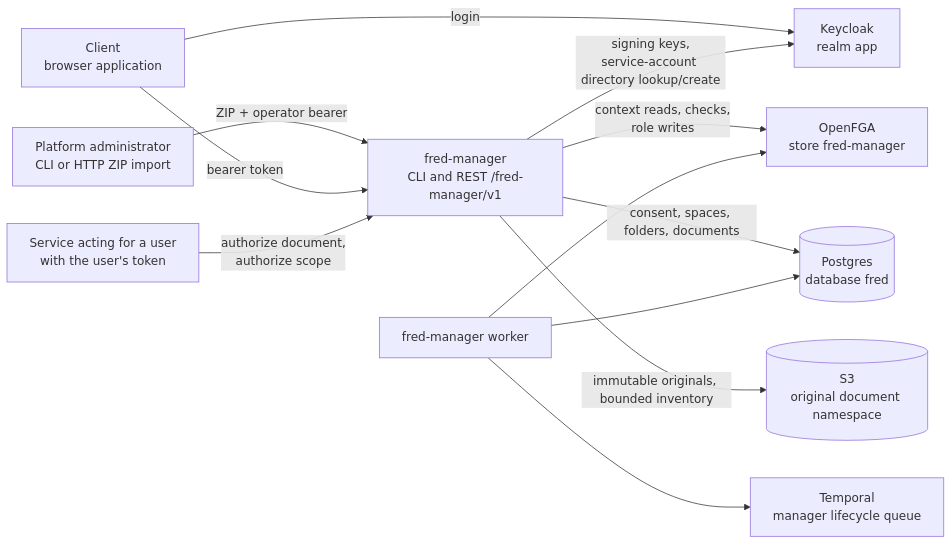
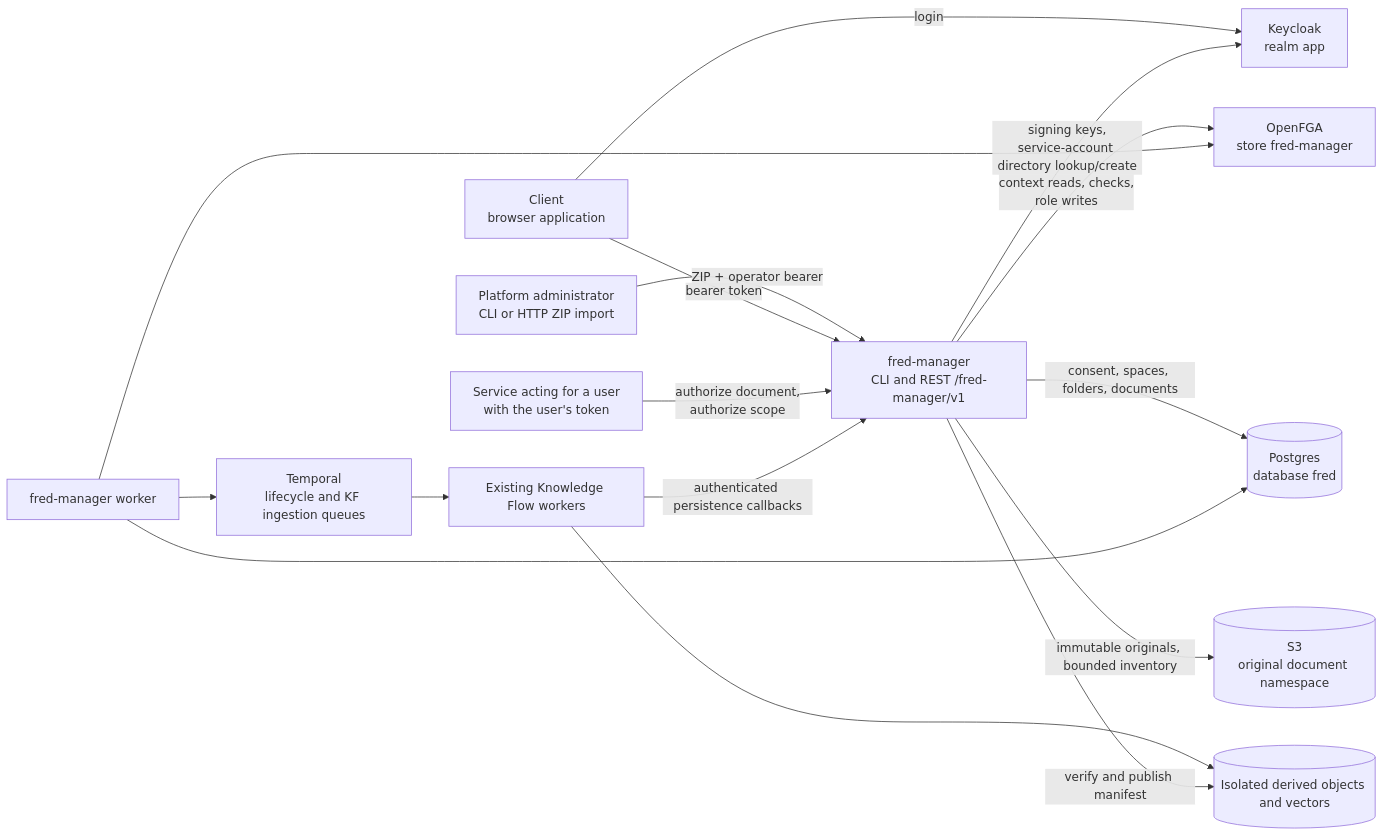
One commit to ThalesGroup/fred changed the first of 11 diagrams in docs/architecture/A1-manager-runtime.md. Above: the diagram before and after it, drawn with Mermaid. The commit also changed other lines of this file and 119 other files, not shown here.

First line of the commit message:
feat(#3180): process manager documents with existing Knowledge Flow workers

````diff
--- a/docs/architecture/A1-manager-runtime.md
+++ b/docs/architecture/A1-manager-runtime.md
@@ -10,24 +10,30 @@
 ```mermaid
 flowchart LR
     client["Client<br/>browser application"]
     operator["Platform administrator<br/>CLI or HTTP ZIP import"]
     caller["Service acting for a user<br/>with the user's token"]
     manager["fred-manager<br/>CLI and REST /fred-manager/v1"]
     keycloak["Keycloak<br/>realm app"]
     openfga["OpenFGA<br/>store fred-manager"]
     postgres[("Postgres<br/>database fred")]
     objects[("S3<br/>original document namespace")]
-    temporal["Temporal<br/>manager lifecycle queue"]
+    temporal["Temporal<br/>lifecycle and KF ingestion queues"]
     worker["fred-manager worker"]
+    kf["Existing Knowledge Flow workers"]
+    derived[("Isolated derived objects and vectors")]
 
     operator -- "ZIP + operator bearer" --> manager
     client -- "bearer token" --> manager
     caller -- "authorize document,<br/>authorize scope" --> manager
     client -- "login" --> keycloak
     manager -- "signing keys,<br/>service-account directory lookup/create" --> keycloak
     manager -- "context reads, checks,<br/>role writes" --> openfga
     manager -- "consent, spaces, folders, documents" --> postgres
     manager -- "immutable originals, bounded inventory" --> objects
     worker --> temporal
     worker --> postgres & openfga
+    temporal --> kf
+    kf -- "authenticated persistence callbacks" --> manager
+    kf --> derived
+    manager -- "verify and publish manifest" --> derived
 ```
````
